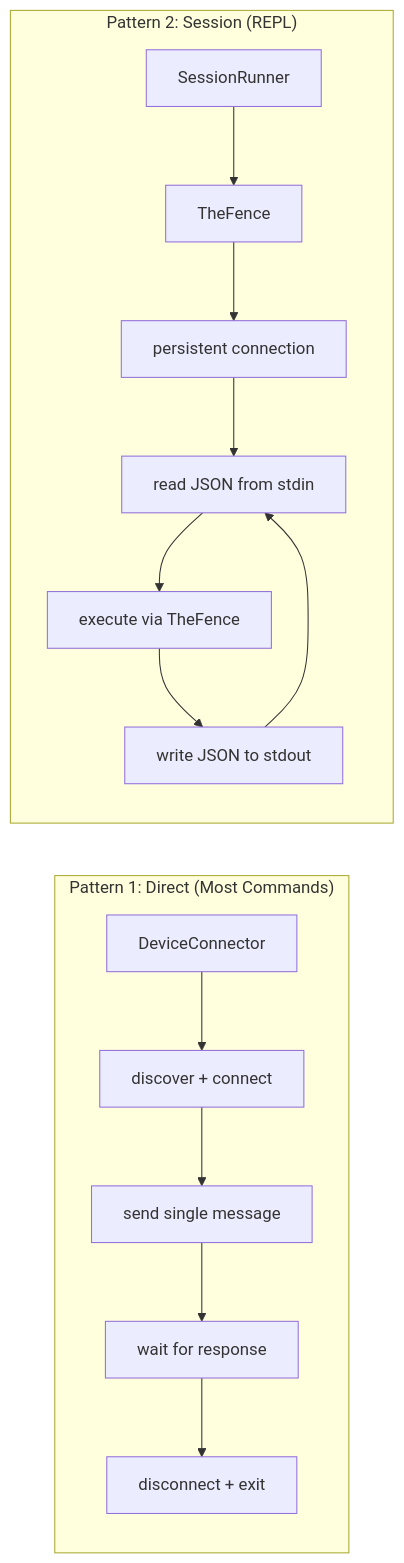
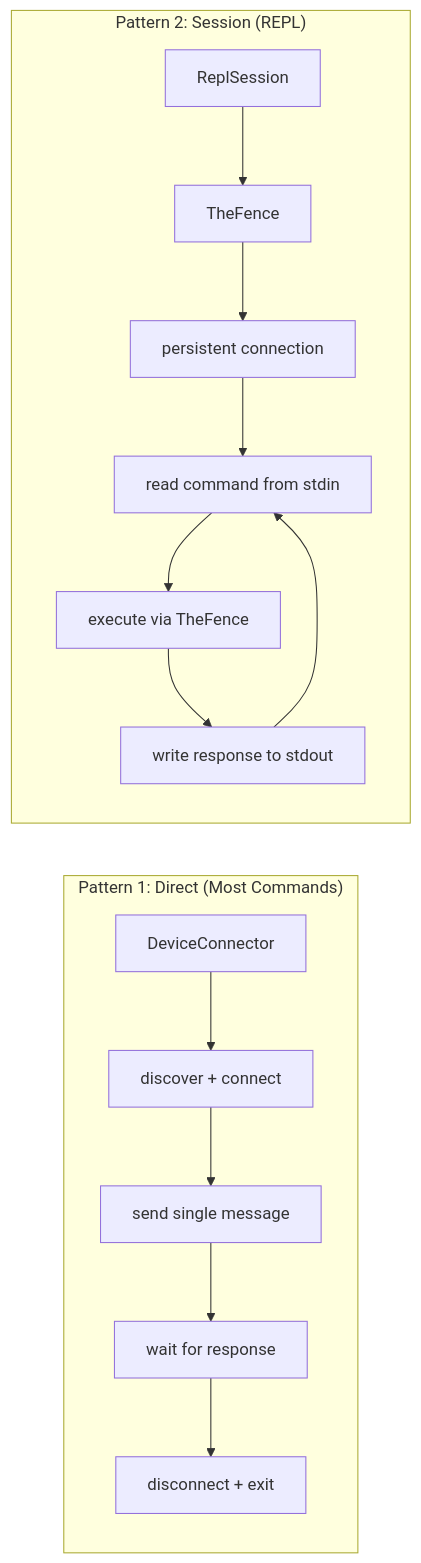
Before and after one commit to RoyalPineapple/TheButtonHeist: the second of 3 diagrams in docs/dossiers/11-CLI.md, drawn with Mermaid. The commit also changed other lines of this file and 6 other files, not shown here.

First line of the commit message:
Add human-friendly CLI session REPL with plain-text commands

````diff
--- a/docs/dossiers/11-CLI.md
+++ b/docs/dossiers/11-CLI.md
@@ -66,18 +66,18 @@
 ```mermaid
 flowchart LR
     subgraph Pattern1["Pattern 1: Direct (Most Commands)"]
         D1["DeviceConnector"] --> D2["discover + connect"]
         D2 --> D3["send single message"]
         D3 --> D4["wait for response"]
         D4 --> D5["disconnect + exit"]
     end
 
     subgraph Pattern2["Pattern 2: Session (REPL)"]
-        S1["SessionRunner"] --> S2["TheFence"]
+        S1["ReplSession"] --> S2["TheFence"]
         S2 --> S3["persistent connection"]
-        S3 --> S4["read JSON from stdin"]
+        S3 --> S4["read command from stdin"]
         S4 --> S5["execute via TheFence"]
-        S5 --> S6["write JSON to stdout"]
+        S5 --> S6["write response to stdout"]
         S6 --> S4
     end
 ```
````
